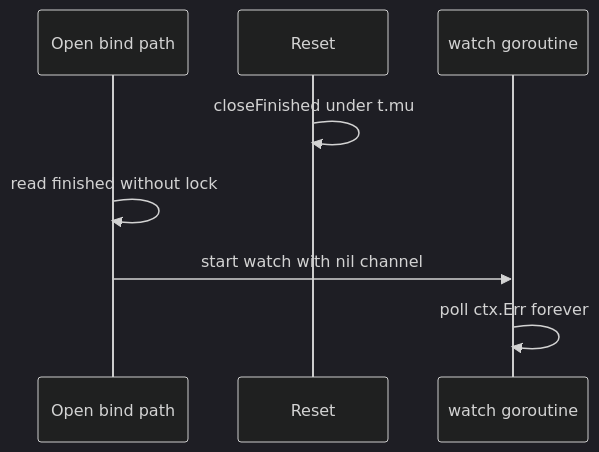
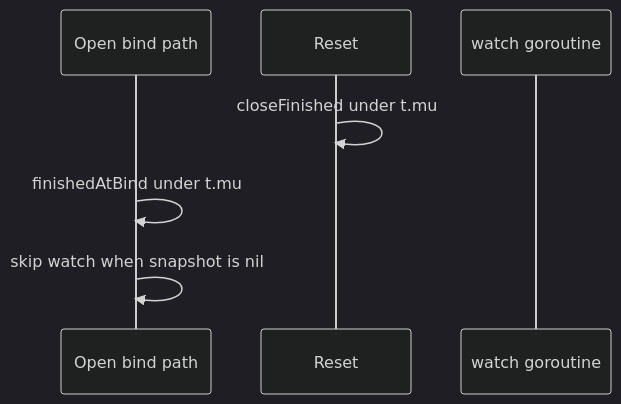
The diagram in devstate/2026/09/2026-09-14-reclaim-bug-finished-race-lock-defer/card.md (david-garcia-garcia/traefik-middleware-utilities), drawn with Mermaid (dark theme) before and after one commit. The commit also changed other lines of this file and 4 other files, not shown here.

Commit message:
chore(2026-09-14-reclaim-bug-finished-race-lock-defer): implement delivery card

````diff
--- a/devstate/2026/09/2026-09-14-reclaim-bug-finished-race-lock-defer/card.md
+++ b/devstate/2026/09/2026-09-14-reclaim-bug-finished-race-lock-defer/card.md
@@ -21,10 +21,9 @@
 ```mermaid
 sequenceDiagram
     participant Open as Open bind path
     participant Reset as Reset
     participant Watch as watch goroutine
     Reset->>Reset: closeFinished under t.mu
-    Open->>Open: read finished without lock
-    Open->>Watch: start watch with nil channel
-    Watch->>Watch: poll ctx.Err forever
+    Open->>Open: finishedAtBind under t.mu
+    Open->>Open: skip watch when snapshot is nil
 ```
````
